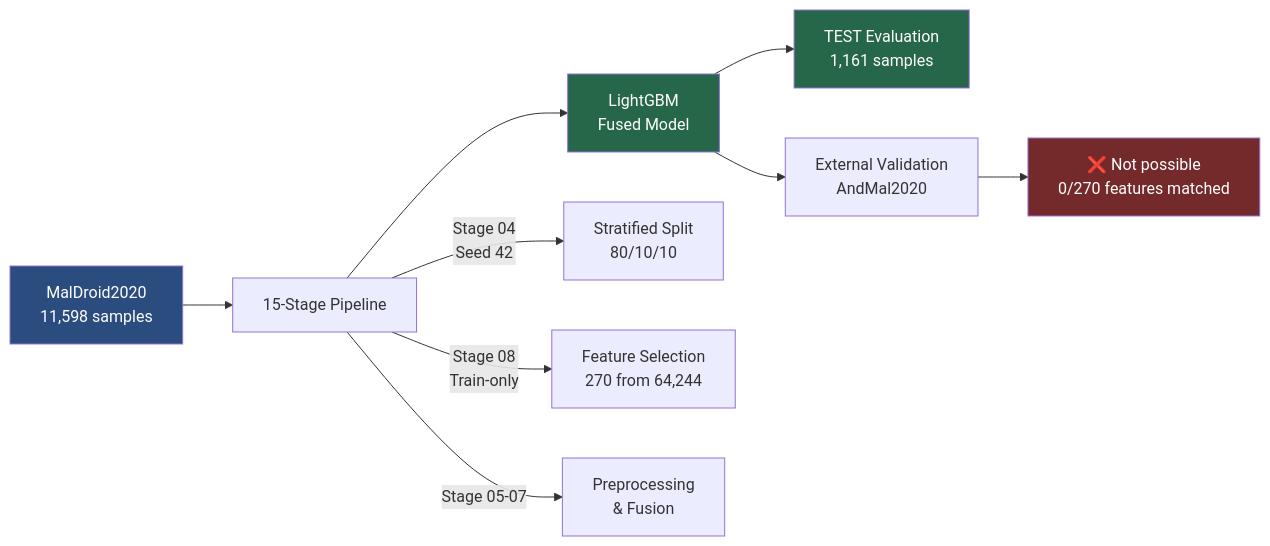
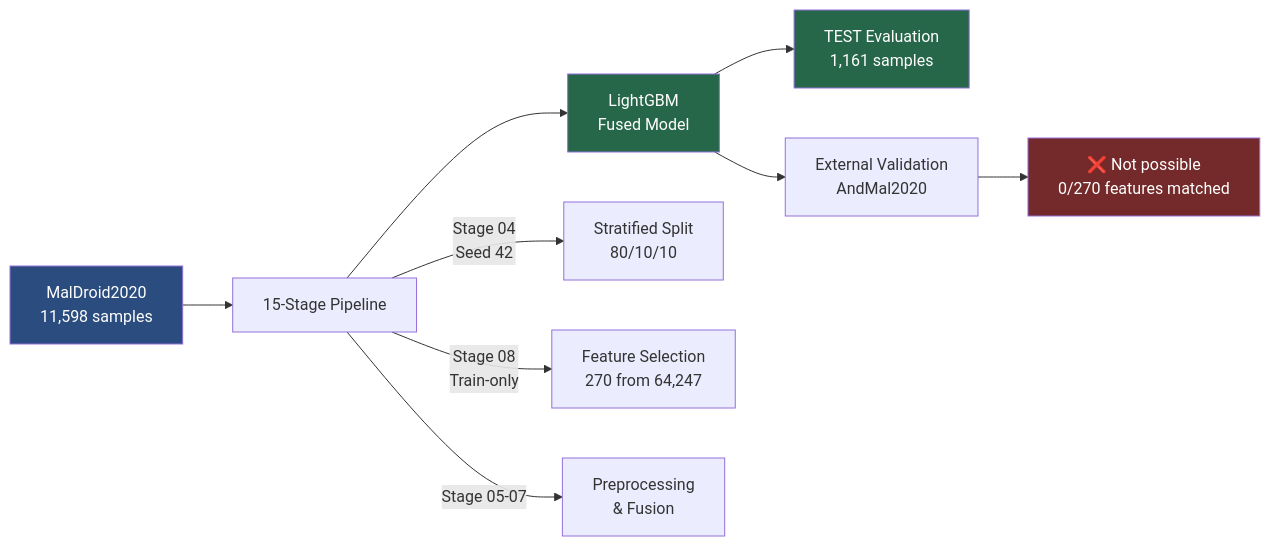
The diagram in Docs/final/05_FINAL_RESULTS_SUMMARY.md (nishikakhade7/CNS_Research-Project), drawn with Mermaid before and after one commit. The commit also changed other lines of this file and 24 other files, not shown here.

````diff
--- a/Docs/final/05_FINAL_RESULTS_SUMMARY.md
+++ b/Docs/final/05_FINAL_RESULTS_SUMMARY.md
@@ -22,18 +22,18 @@
 ```mermaid
 flowchart LR
     D["MalDroid2020\n11,598 samples"] --> P["15-Stage Pipeline"]
     P --> M["LightGBM\nFused Model"]
     M --> R["TEST Evaluation\n1,161 samples"]
     M --> EV["External Validation\nAndMal2020"]
 
     P --> |"Stage 04\nSeed 42"| SP["Stratified Split\n80/10/10"]
-    P --> |"Stage 08\nTrain-only"| FS["Feature Selection\n270 from 64,244"]
+    P --> |"Stage 08\nTrain-only"| FS["Feature Selection\n270 from 64,247"]
     P --> |"Stage 05-07"| FE["Preprocessing\n& Fusion"]
 
     EV --> EX["❌ Not possible\n0/270 features matched"]
 
     style D fill:#2b4c7e,color:#fff
     style M fill:#276749,color:#fff
     style R fill:#276749,color:#fff
     style EX fill:#742a2a,color:#fff
 ```
````
